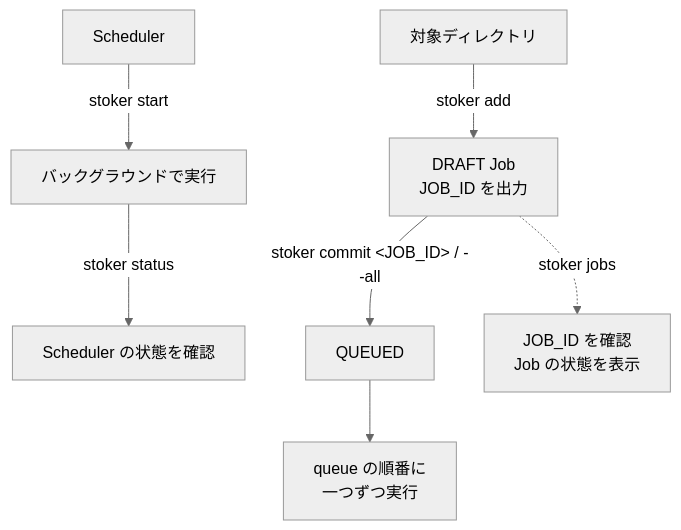
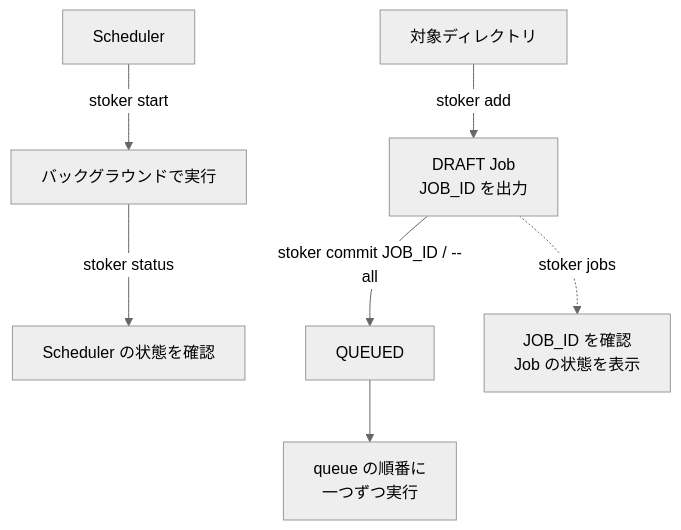
One commit to qinodes/stoker changed the diagram in README.ja.md. Above: the diagram before and after it, drawn with Mermaid (neutral theme). The commit also changed 2 other files, not shown here.

````diff
--- a/README.ja.md
+++ b/README.ja.md
@@ -89,9 +89,9 @@
 ```mermaid
 flowchart TD
     S[Scheduler] -->|stoker start| R[バックグラウンドで実行]
     R -->|stoker status| T[Scheduler の状態を確認]
     D[対象ディレクトリ] -->|stoker add| J[DRAFT Job<br/>JOB_ID を出力]
-    J -->|stoker commit &lt;JOB_ID&gt; / --all| Q[QUEUED]
+    J -->|stoker commit JOB_ID / --all| Q[QUEUED]
     J -.->|stoker jobs| L[JOB_ID を確認<br/>Job の状態を表示]
     Q --> E[queue の順番に<br/>一つずつ実行]
 ```
````
